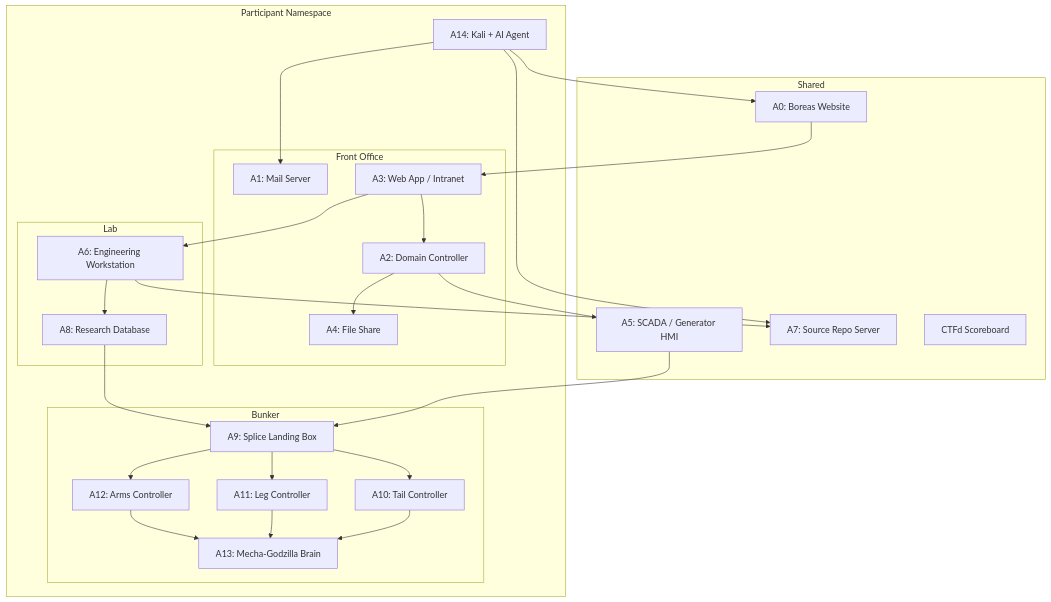
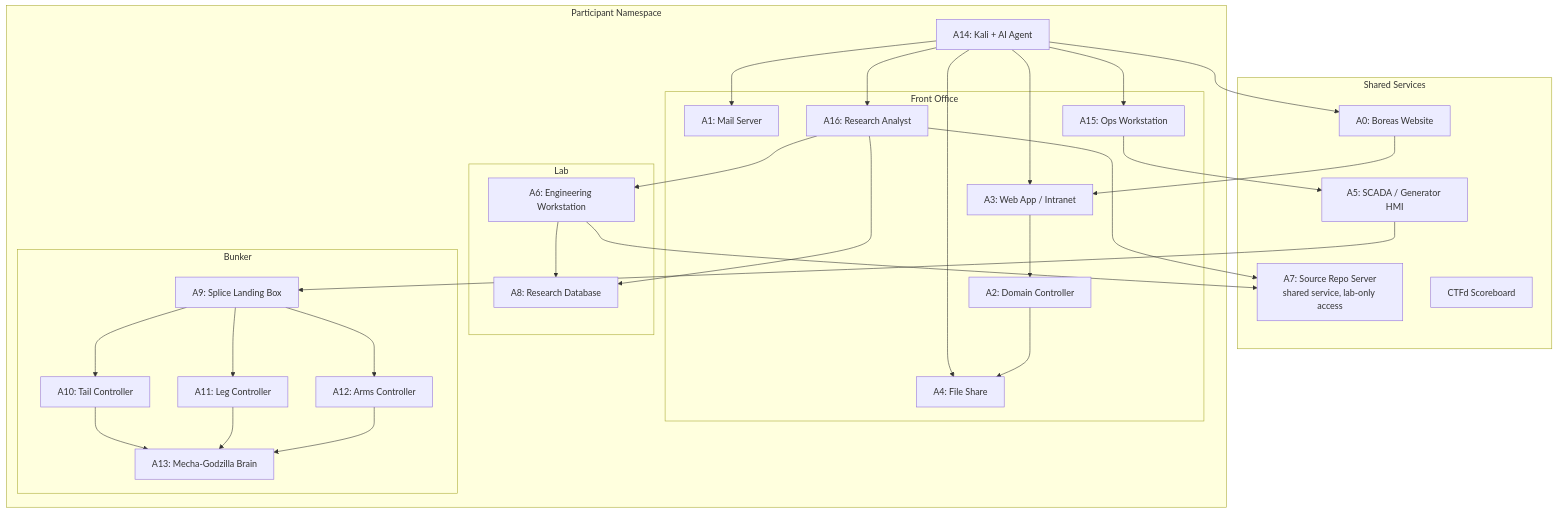
One commit to PaloAltoNetworks/shifter changed the diagram in scenario-dev/polaris/design/range-diagram.md. Above: the diagram before and after it, drawn with Mermaid. The commit also changed 36 other files, not shown here.

````diff
--- a/scenario-dev/polaris/design/range-diagram.md
+++ b/scenario-dev/polaris/design/range-diagram.md
@@ -3,52 +3,58 @@
 ```mermaid
 graph TD
-    subgraph Shared
+    subgraph Shared Services
         A0[A0: Boreas Website]
         A5[A5: SCADA / Generator HMI]
-        A7[A7: Source Repo Server]
+        A7[A7: Source Repo Server<br/>shared service, lab-only access]
         CTFd[CTFd Scoreboard]
     end
 
     subgraph Participant Namespace
         A14[A14: Kali + AI Agent]
 
         subgraph Front Office
             A1[A1: Mail Server]
             A2[A2: Domain Controller]
             A3[A3: Web App / Intranet]
             A4[A4: File Share]
+            A15[A15: Ops Workstation]
+            A16[A16: Research Analyst]
         end
 
         subgraph Lab
             A6[A6: Engineering Workstation]
             A8[A8: Research Database]
         end
 
         subgraph Bunker
             A9[A9: Splice Landing Box]
             A10[A10: Tail Controller]
             A11[A11: Leg Controller]
             A12[A12: Arms Controller]
             A13[A13: Mecha-Godzilla Brain]
         end
     end
 
     A14 --> A0
     A14 --> A1
-    A14 --> A7
+    A14 --> A3
+    A14 --> A4
+    A14 --> A15
+    A14 --> A16
     A0 --> A3
     A3 --> A2
     A2 --> A4
-    A2 --> A5
-    A3 --> A6
+    A15 --> A5
+    A16 --> A6
+    A16 --> A7
+    A16 --> A8
     A6 --> A7
     A6 --> A8
     A5 --> A9
-    A8 --> A9
     A9 --> A10
     A9 --> A11
     A9 --> A12
     A10 --> A13
     A11 --> A13
     A12 --> A13
 ```
````
